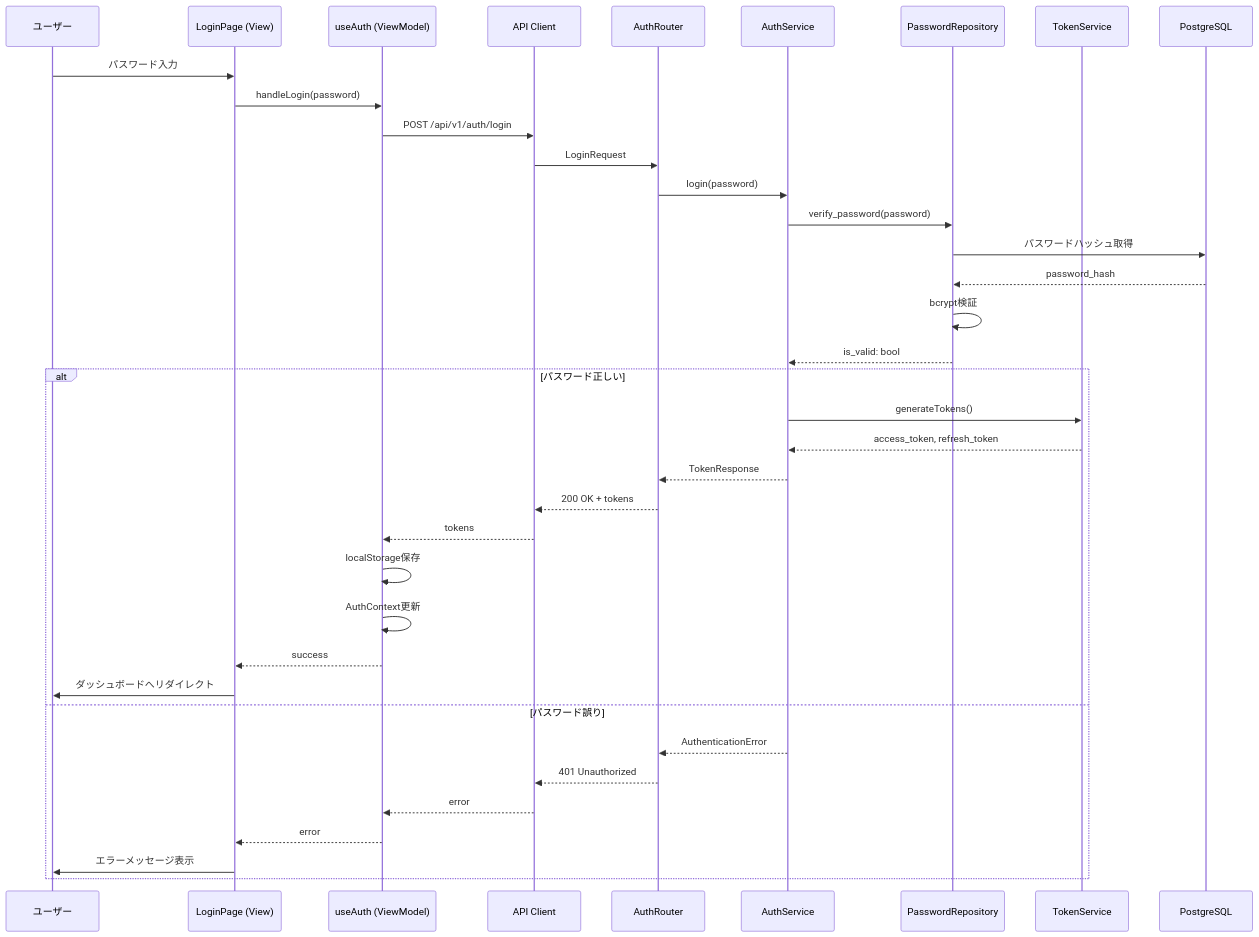
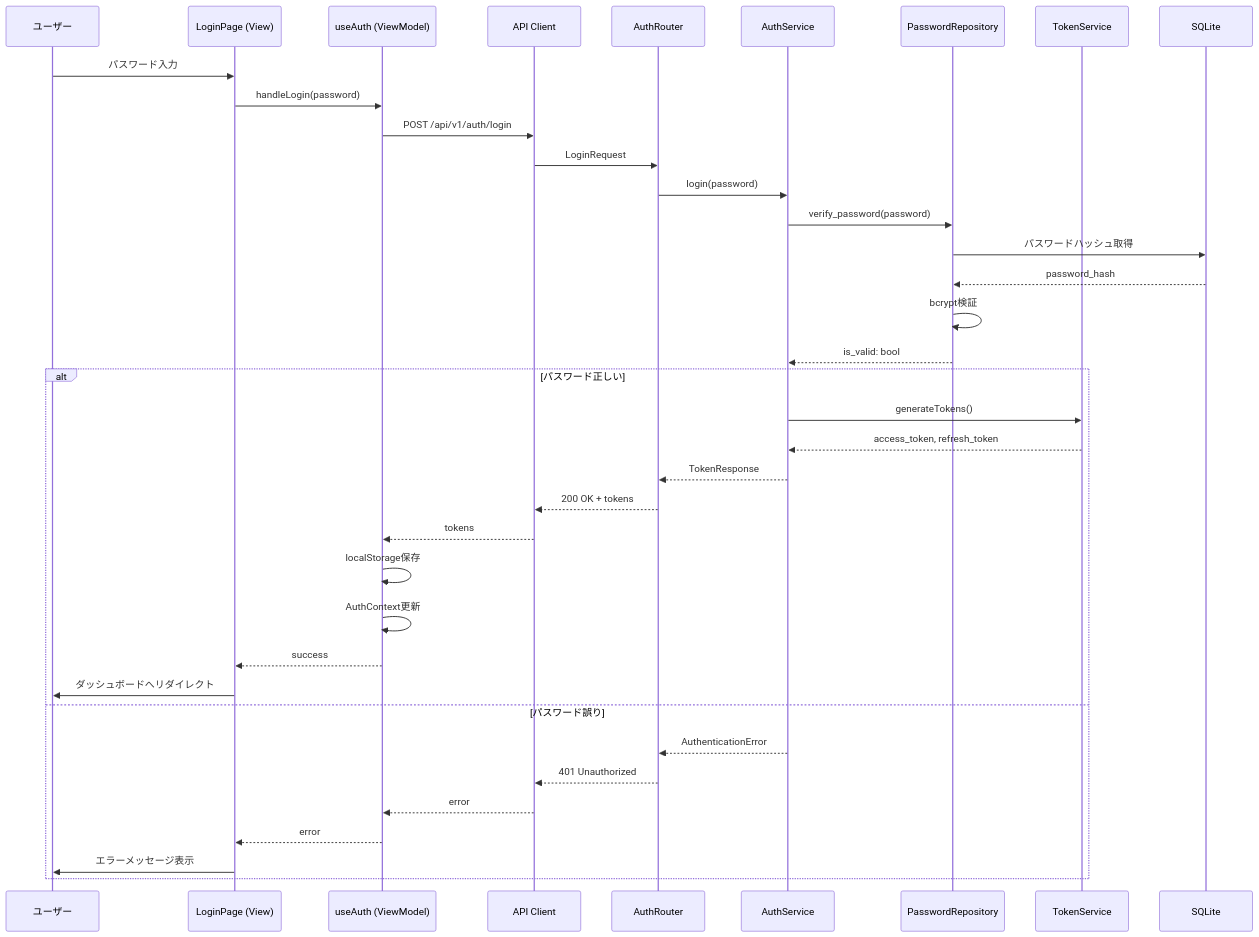
One commit to Universal-Micro-Networks/ecg-mi-inference changed the second of 4 diagrams in .kiro/specs/authorization/design.md. Above: the diagram before and after it, drawn with Mermaid. The commit also changed other lines of this file and 93 other files, not shown here.

````diff
--- a/.kiro/specs/authorization/design.md
+++ b/.kiro/specs/authorization/design.md
@@ -91,40 +91,40 @@
 ```mermaid
 sequenceDiagram
     participant User as ユーザー
     participant LoginPage as LoginPage (View)
     participant useAuth as useAuth (ViewModel)
     participant API as API Client
     participant Backend as AuthRouter
     participant Service as AuthService
     participant PwdRepo as PasswordRepository
     participant Token as TokenService
-    participant DB as PostgreSQL
+    participant DB as SQLite
 
     User->>LoginPage: パスワード入力
     LoginPage->>useAuth: handleLogin(password)
     useAuth->>API: POST /api/v1/auth/login
     API->>Backend: LoginRequest
     Backend->>Service: login(password)
     Service->>PwdRepo: verify_password(password)
     PwdRepo->>DB: パスワードハッシュ取得
     DB-->>PwdRepo: password_hash
     PwdRepo->>PwdRepo: bcrypt検証
     PwdRepo-->>Service: is_valid: bool
     alt パスワード正しい
         Service->>Token: generateTokens()
         Token-->>Service: access_token, refresh_token
         Service-->>Backend: TokenResponse
         Backend-->>API: 200 OK + tokens
         API-->>useAuth: tokens
         useAuth->>useAuth: localStorage保存
         useAuth->>useAuth: AuthContext更新
         useAuth-->>LoginPage: success
         LoginPage->>User: ダッシュボードへリダイレクト
     else パスワード誤り
         Service-->>Backend: AuthenticationError
         Backend-->>API: 401 Unauthorized
         API-->>useAuth: error
         useAuth-->>LoginPage: error
         LoginPage->>User: エラーメッセージ表示
     end
 ```
````
